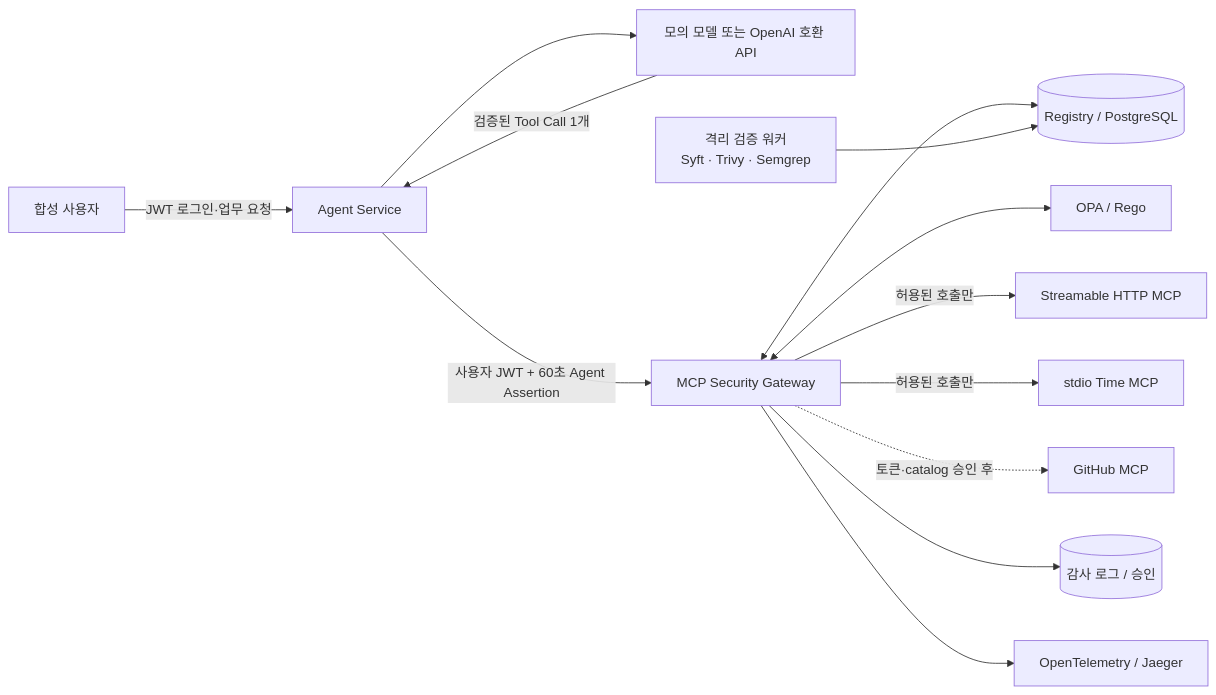
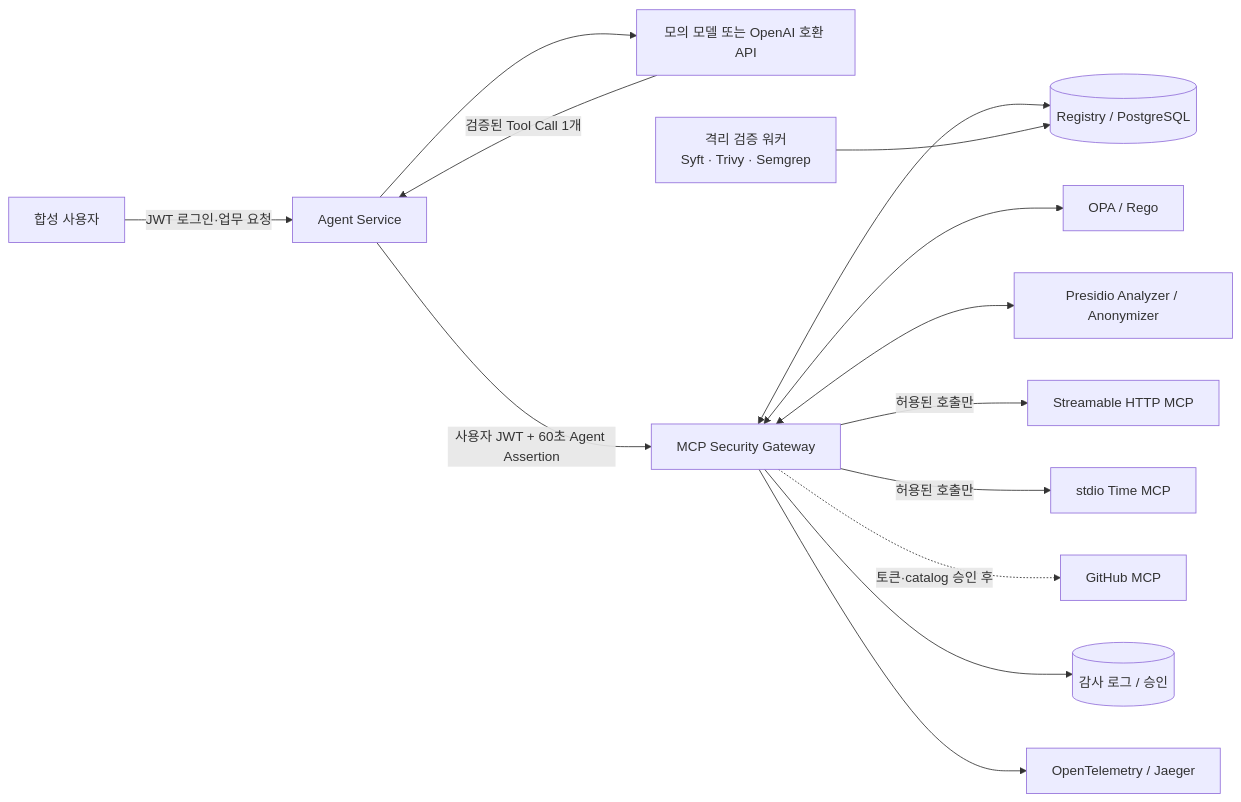
One commit to MCP-governance/mcp-gateway changed the diagram in full_stack_lab/README.md. Above: the diagram before and after it, drawn with Mermaid. The commit also changed other lines of this file and 23 other files, not shown here.

````diff
--- a/full_stack_lab/README.md
+++ b/full_stack_lab/README.md
@@ -17,15 +19,16 @@
 ```mermaid
 flowchart LR
     U[합성 사용자] -->|JWT 로그인·업무 요청| AS[Agent Service]
     AS --> M[모의 모델 또는 OpenAI 호환 API]
     M -->|검증된 Tool Call 1개| AS
     AS -->|사용자 JWT + 60초 Agent Assertion| G[MCP Security Gateway]
     G <--> R[(Registry / PostgreSQL)]
     G <--> O[OPA / Rego]
+    G <--> P[Presidio Analyzer / Anonymizer]
     G -->|허용된 호출만| H[Streamable HTTP MCP]
     G -->|허용된 호출만| S[stdio Time MCP]
     G -. 토큰·catalog 승인 후 .-> GH[GitHub MCP]
     G --> A[(감사 로그 / 승인)]
     G --> J[OpenTelemetry / Jaeger]
     IW[격리 검증 워커\nSyft · Trivy · Semgrep] --> R
 ```
````
